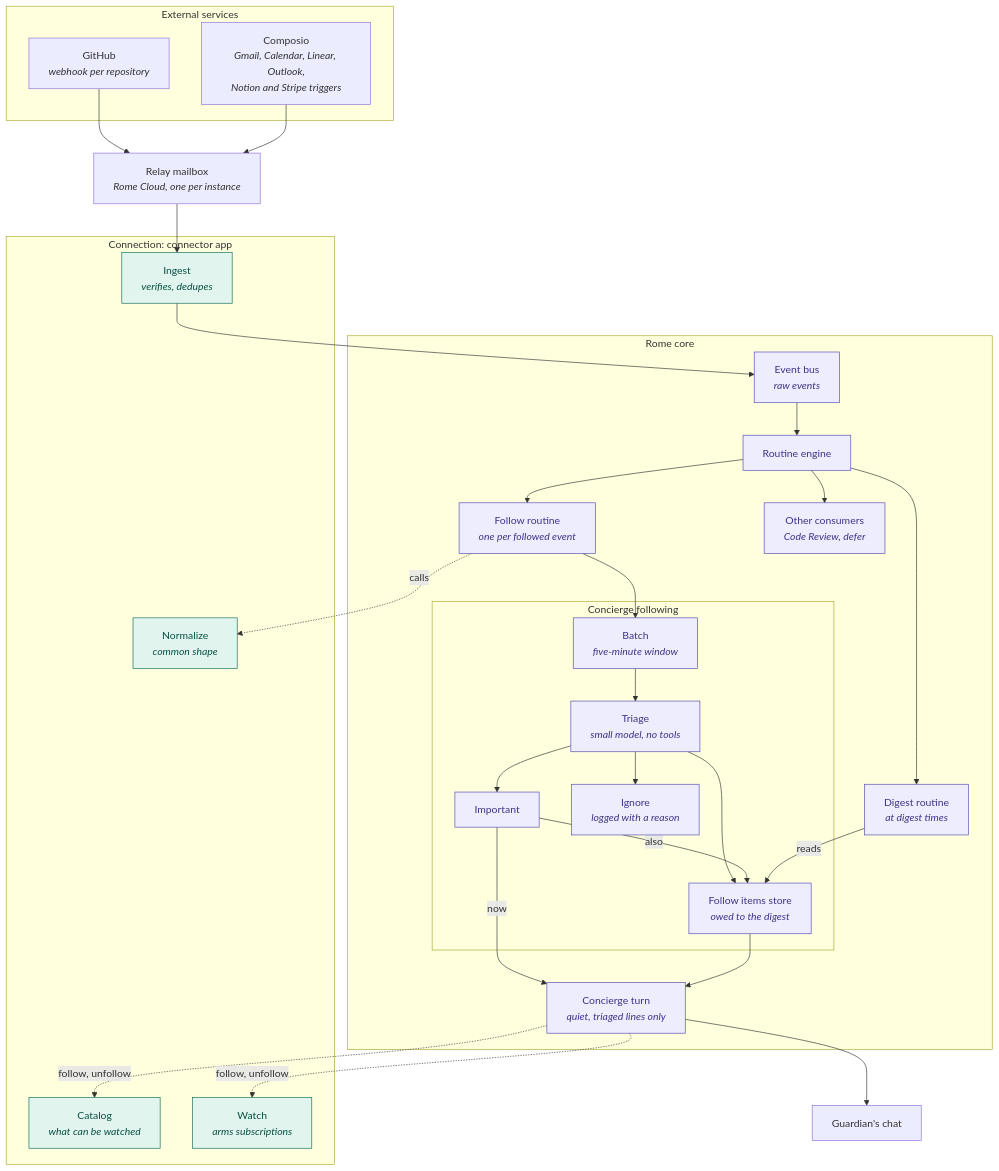
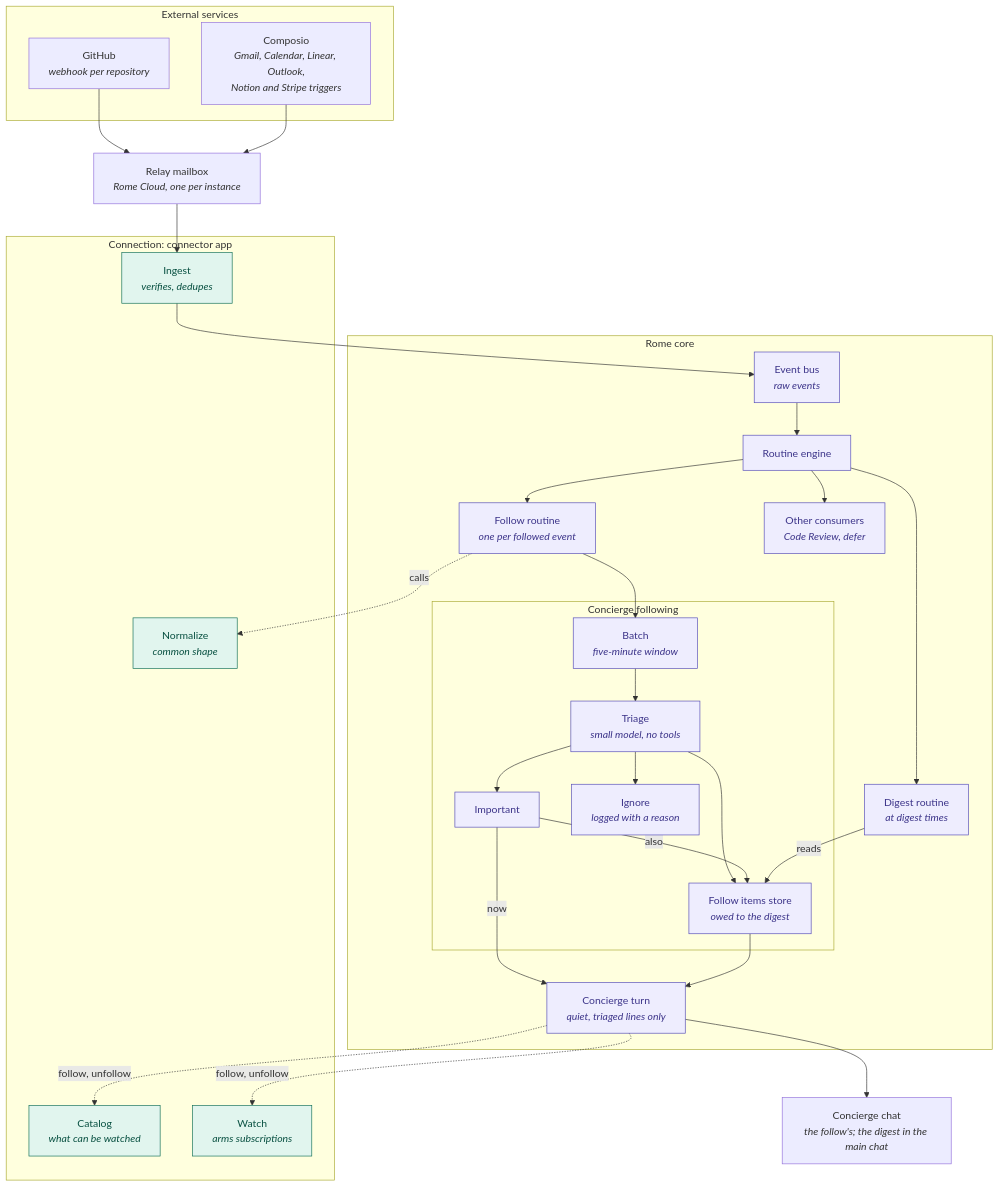
The diagram in docs/architecture/concierge-following.md (rome-os/rome), drawn with Mermaid before and after one commit. The commit also changed other lines of this file and 53 other files, not shown here.

First line of the commit message:
feat: let the guardian talk to the Concierge in topic chats

````diff
--- a/docs/architecture/concierge-following.md
+++ b/docs/architecture/concierge-following.md
@@ -7,54 +7,54 @@
 ```mermaid
 flowchart TD
     subgraph External["External services"]
         GH["GitHub<br/><i>webhook per repository</i>"]
         CP["Composio<br/><i>Gmail, Calendar, Linear, Outlook,<br/>Notion and Stripe triggers</i>"]
     end
     Relay["Relay mailbox<br/><i>Rome Cloud, one per instance</i>"]
     subgraph Conn["Connection: connector app"]
         Catalog["Catalog<br/><i>what can be watched</i>"]
         Watch["Watch<br/><i>arms subscriptions</i>"]
         Ingest["Ingest<br/><i>verifies, dedupes</i>"]
         Normalize["Normalize<br/><i>common shape</i>"]
     end
     subgraph Core["Rome core"]
         Bus["Event bus<br/><i>raw events</i>"]
         Engine["Routine engine"]
         Follow["Follow routine<br/><i>one per followed event</i>"]
         DigestRoutine["Digest routine<br/><i>at digest times</i>"]
         Others["Other consumers<br/><i>Code Review, defer</i>"]
         subgraph Following["Concierge following"]
             Batch["Batch<br/><i>five-minute window</i>"]
             Triage["Triage<br/><i>small model, no tools</i>"]
             Important["Important"]
             Store["Follow items store<br/><i>owed to the digest</i>"]
             Ignore["Ignore<br/><i>logged with a reason</i>"]
         end
         Turn["Concierge turn<br/><i>quiet, triaged lines only</i>"]
     end
-    Chat["Guardian's chat"]
+    Chat["Concierge chat<br/><i>the follow's; the digest in the main chat</i>"]
 
     GH --> Relay
     CP --> Relay
     Relay --> Ingest --> Bus --> Engine
     Engine --> Follow
     Engine --> DigestRoutine
     Engine --> Others
     Follow -. calls .-> Normalize
     Follow --> Batch --> Triage
     Triage --> Important
     Triage --> Store
     Triage --> Ignore
     Important -- now --> Turn
     Important -- also --> Store
     DigestRoutine -- reads --> Store
     Store --> Turn
     Turn --> Chat
     Turn -. follow, unfollow .-> Catalog
     Turn -. follow, unfollow .-> Watch
 
     classDef conn fill:#E1F5EE,stroke:#0F6E56,color:#085041
     classDef core fill:#EEEDFE,stroke:#534AB7,color:#3C3489
     class Catalog,Watch,Ingest,Normalize conn
     class Bus,Engine,Follow,DigestRoutine,Others,Batch,Triage,Important,Store,Ignore,Turn core
 ```
````
